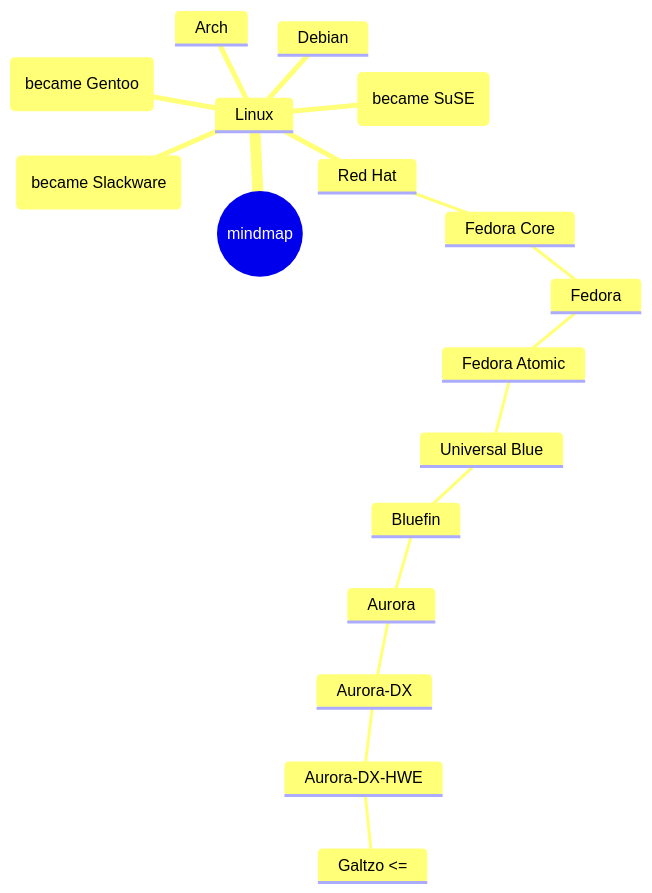
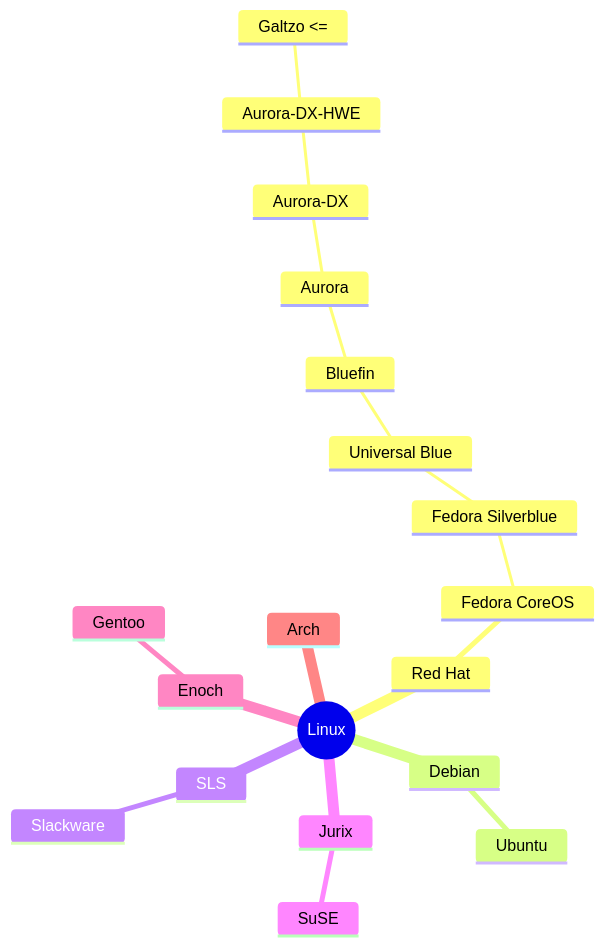
One commit to pboling/galtzo changed the diagram in README.md. Above: the diagram before and after it, drawn with Mermaid.

Commit message:
📝 Documentation [ci skip]

````diff
--- a/README.md
+++ b/README.md
@@ -9,20 +9,22 @@
 ```mermaid
 mindmap
-  root((mindmap))
-    Linux
-      Red Hat
-        Fedora Core
-          Fedora
-            Fedora Atomic
-              Universal Blue
-                Bluefin
-                  Aurora
-                    Aurora-DX
-                      Aurora-DX-HWE
-                        Galtzo <=
-      Debian
-      SLS (became Slackware)
-      Jurix (became SuSE)
-      Enoch (became Gentoo)
-      Arch
+  root((Linux))
+    Red Hat
+      Fedora CoreOS
+        Fedora Silverblue
+          Universal Blue
+            Bluefin
+              Aurora
+                Aurora-DX
+                  Aurora-DX-HWE
+                    Galtzo <=
+    Debian
+      Ubuntu
+    SLS
+      Slackware
+    Jurix
+      SuSE
+    Enoch
+      Gentoo
+    Arch
 ```
````
